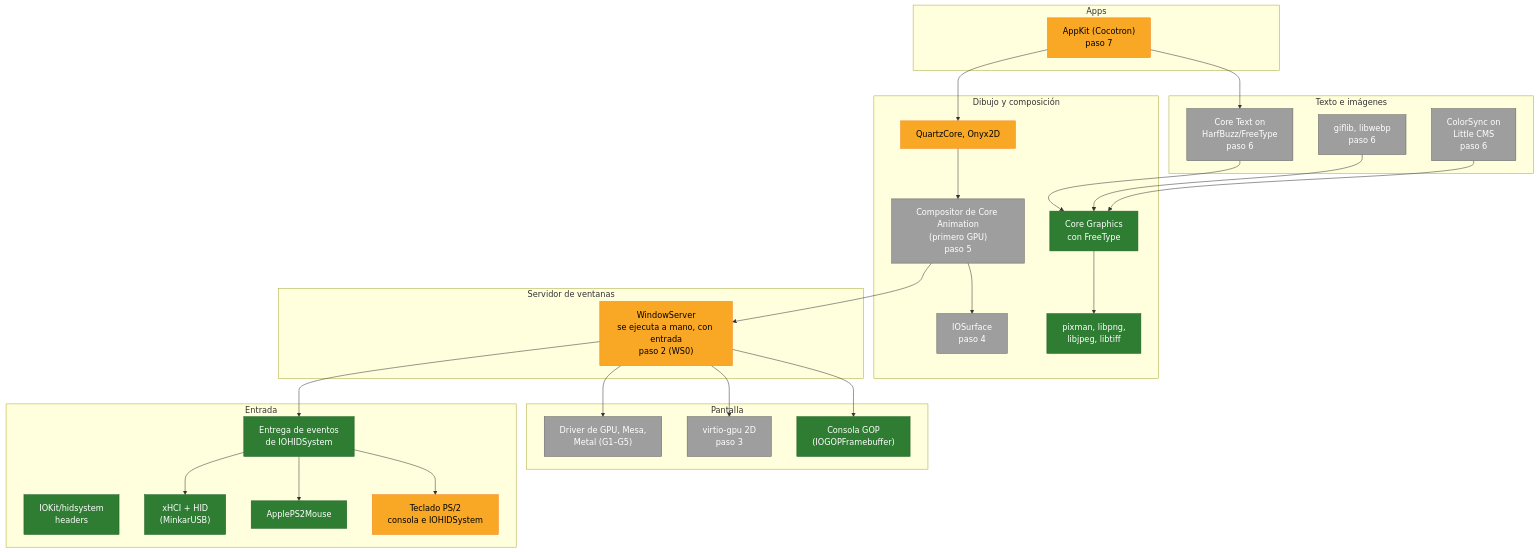
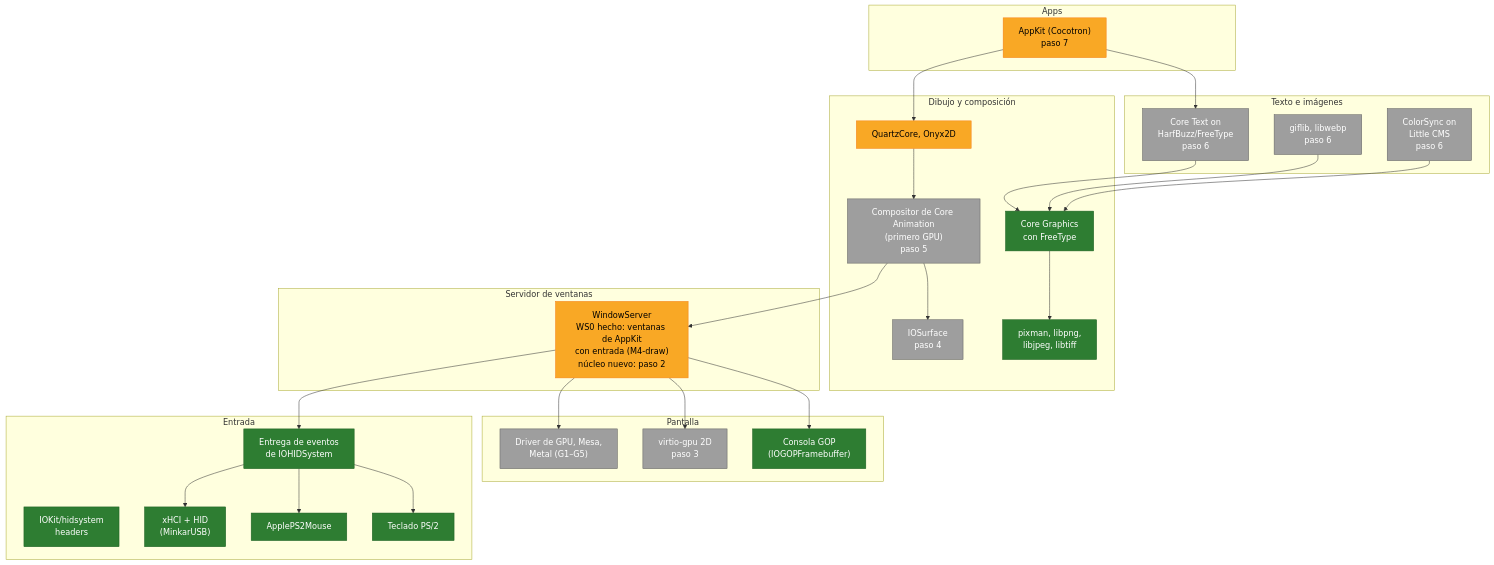
Before and after one commit to minkaros/minkar: the third of 4 diagrams in Docs/Progress.es.md, drawn with Mermaid. The commit also changed other lines of this file and 5 other files, not shown here.

First line of the commit message:
Docs: WS0 done (WindowServer draws AppKit windows, gate M4-draw)

````diff
--- a/Docs/Progress.es.md
+++ b/Docs/Progress.es.md
@@ -73,48 +73,48 @@
 ```mermaid
 flowchart TB
     subgraph APPS["Apps"]
         AK["AppKit (Cocotron)<br/>paso 7"]:::partial
     end
     subgraph TEXT["Texto e imágenes"]
         CT["Core Text on<br/>HarfBuzz/FreeType<br/>paso 6"]:::todo
         IMG["giflib, libwebp<br/>paso 6"]:::todo
         CS["ColorSync on<br/>Little CMS<br/>paso 6"]:::todo
     end
     subgraph DRAW["Dibujo y composición"]
         CG["Core Graphics<br/>con FreeType"]:::done
         LIBS["pixman, libpng,<br/>libjpeg, libtiff"]:::done
         QC["QuartzCore, Onyx2D"]:::partial
         CA["Compositor de Core Animation<br/>(primero GPU)<br/>paso 5"]:::todo
         IOS["IOSurface<br/>paso 4"]:::todo
     end
     subgraph SERVER["Servidor de ventanas"]
-        WS["WindowServer<br/>se ejecuta a mano, con entrada<br/>paso 2 (WS0)"]:::partial
+        WS["WindowServer<br/>WS0 hecho: ventanas de AppKit<br/>con entrada (M4-draw)<br/>núcleo nuevo: paso 2"]:::partial
     end
     subgraph INPUT["Entrada"]
         HIDH["IOKit/hidsystem<br/>headers"]:::done
         USB["xHCI + HID<br/>(MinkarUSB)"]:::done
-        KBD["Teclado PS/2<br/>consola e IOHIDSystem"]:::partial
+        KBD["Teclado PS/2"]:::done
         MOUSE["ApplePS2Mouse"]:::done
         HIDS["Entrega de eventos<br/>de IOHIDSystem"]:::done
     end
     subgraph DISPLAY["Pantalla"]
         GOP["Consola GOP<br/>(IOGOPFramebuffer)"]:::done
         VGPU["virtio-gpu 2D<br/>paso 3"]:::todo
         GPUD["Driver de GPU, Mesa,<br/>Metal (G1–G5)"]:::todo
     end
 
     AK --> CT & QC
     CT --> CG
     QC --> CA --> IOS
     CA --> WS
     WS --> GOP & VGPU & GPUD
     WS --> HIDS
     HIDS --> KBD & MOUSE & USB
     CG --> LIBS
     IMG --> CG
     CS --> CG
 
     classDef done fill:#2e7d32,stroke:#1b5e20,color:#fff
     classDef partial fill:#f9a825,stroke:#f57f17,color:#000
     classDef todo fill:#9e9e9e,stroke:#616161,color:#fff
 ```
````
